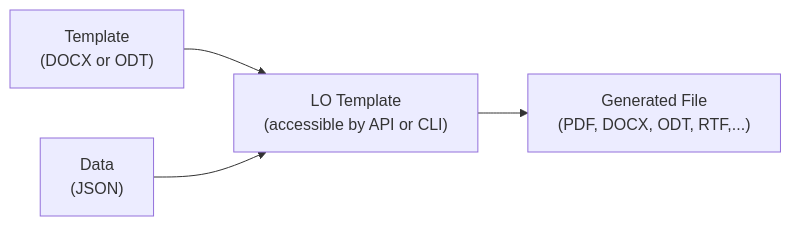
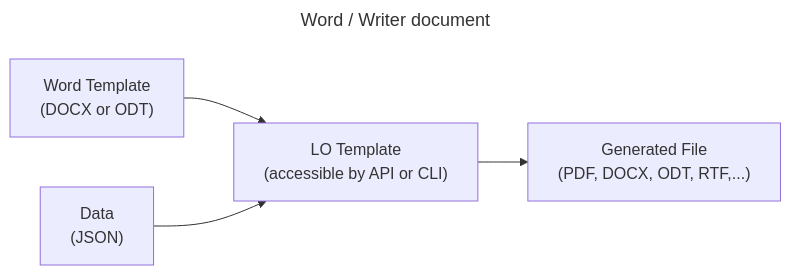
The first of 2 diagrams in README.md (Probesys/lotemplate), drawn with Mermaid before and after one commit. The commit also changed other lines of this file and 7 other files, not shown here.

````diff
--- a/README.md
+++ b/README.md
@@ -22,11 +14,15 @@
 ```mermaid
+---
+title: Word / Writer document
+---
+
 flowchart LR
-    template["Template<br/>(DOCX or ODT)"]
+    template["Word Template<br/>(DOCX or ODT)"]
     json["Data<br/>(JSON)"]
     lotemplate["LO Template<br/>(accessible by API or CLI)"]
     generatedFile["Generated File<br/>(PDF, DOCX, ODT, RTF,...)"]
     
     template --> lotemplate
     json --> lotemplate
     lotemplate --> generatedFile
 ```
````
